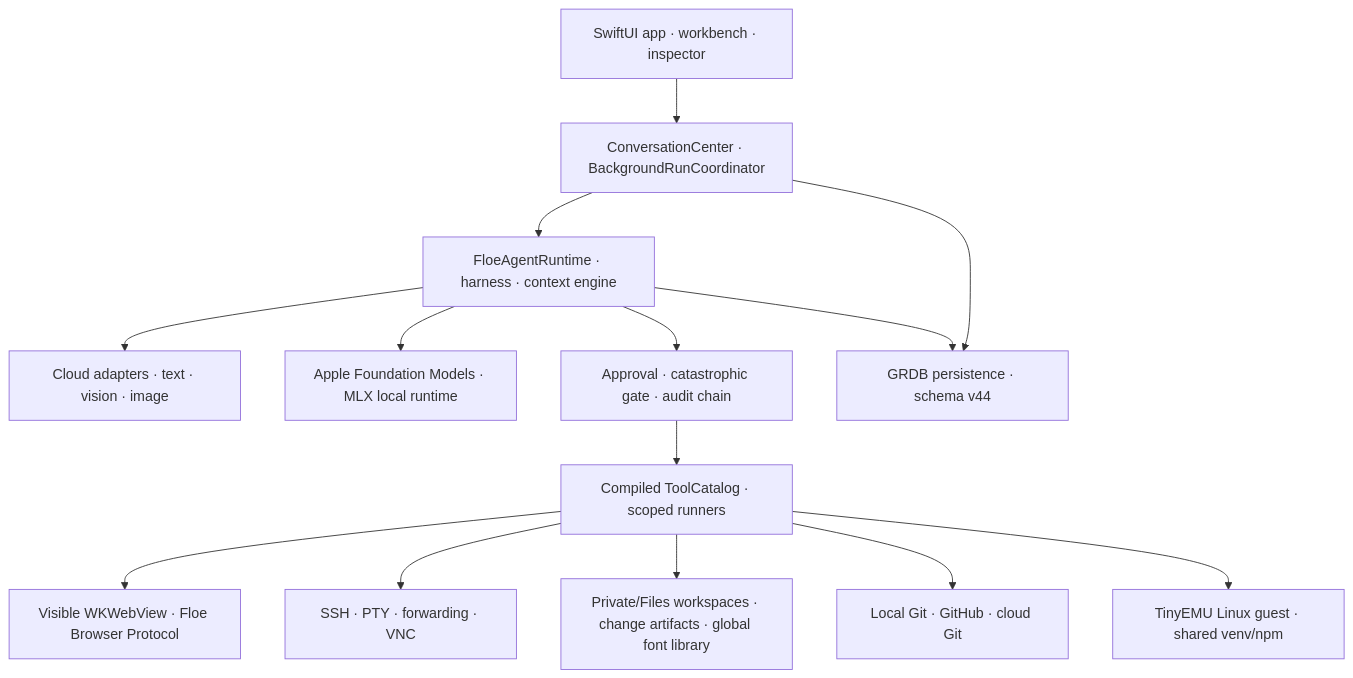
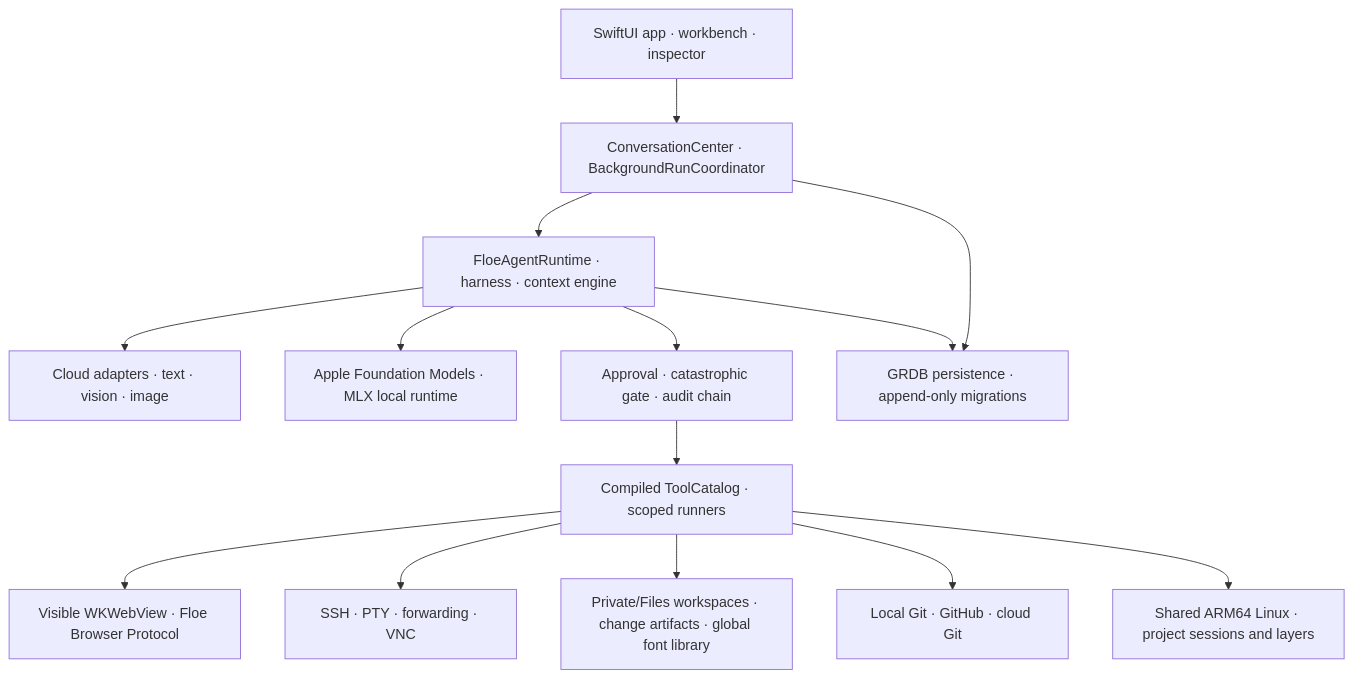
One commit to JiangNanGenius/floe-agent changed the first of 2 diagrams in docs/ARCHITECTURE_OVERVIEW.md. Above: the diagram before and after it, drawn with Mermaid. The commit also changed other lines of this file and 2020 other files, not shown here.

````diff
--- a/docs/ARCHITECTURE_OVERVIEW.md
+++ b/docs/ARCHITECTURE_OVERVIEW.md
@@ -37,30 +43,30 @@
 ```mermaid
 flowchart TB
     UI["SwiftUI app · workbench · inspector"]
     CENTER["ConversationCenter · BackgroundRunCoordinator"]
     RUNTIME["FloeAgentRuntime · harness · context engine"]
     PROVIDERS["Cloud adapters · text · vision · image"]
     LOCAL["Apple Foundation Models · MLX local runtime"]
     TOOLS["Compiled ToolCatalog · scoped runners"]
-    PERSIST["GRDB persistence · schema v44"]
+    PERSIST["GRDB persistence · append-only migrations"]
     SECURITY["Approval · catastrophic gate · audit chain"]
     BROWSER["Visible WKWebView · Floe Browser Protocol"]
     REMOTE["SSH · PTY · forwarding · VNC"]
     FILES["Private/Files workspaces · change artifacts · global font library"]
     GIT["Local Git · GitHub · cloud Git"]
-    LINUX["TinyEMU Linux guest · shared venv/npm"]
+    LINUX["Shared ARM64 Linux · project sessions and layers"]
 
     UI --> CENTER
     CENTER --> RUNTIME
     CENTER --> PERSIST
     RUNTIME --> PROVIDERS
     RUNTIME --> LOCAL
     RUNTIME --> SECURITY
     SECURITY --> TOOLS
     TOOLS --> BROWSER
     TOOLS --> REMOTE
     TOOLS --> FILES
     TOOLS --> GIT
     TOOLS --> LINUX
     RUNTIME --> PERSIST
 ```
````
